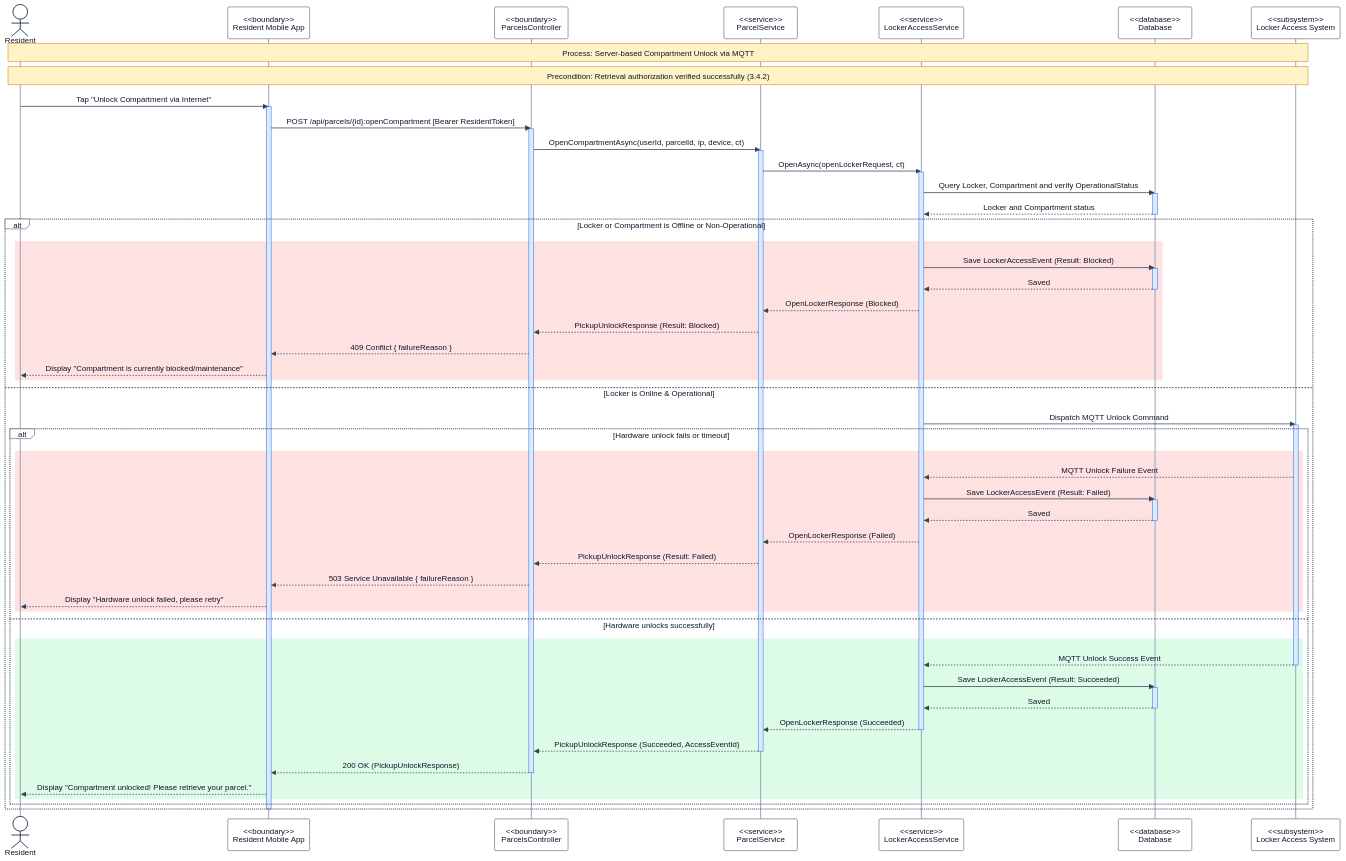
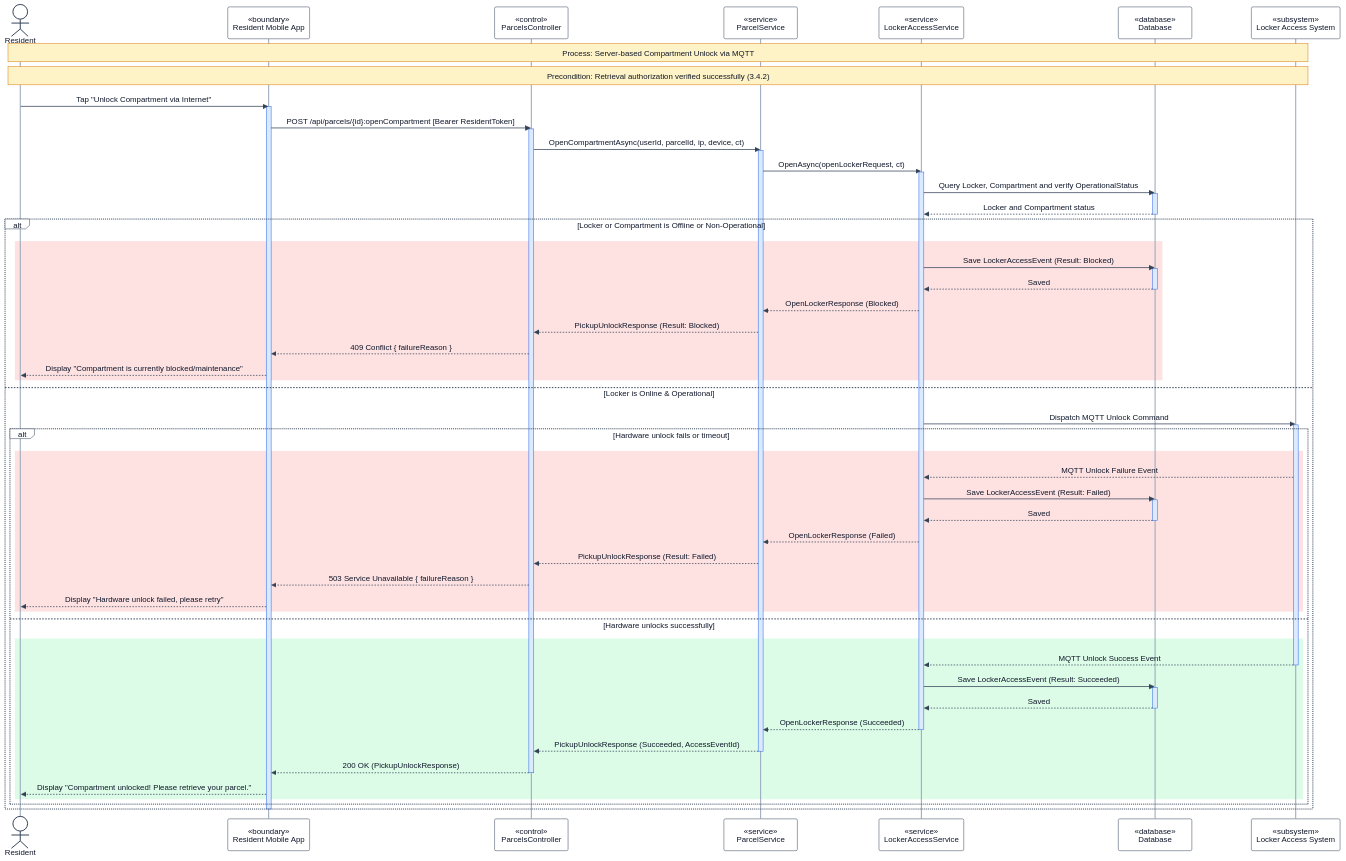
The diagram in RP4/3.4 Multi-method Package Retrieval/3.4.3 Server-based Compartment Unlock Sequence Diagram.md (se-05-sdlms/smart-locking-diagram), drawn with Mermaid before and after one commit. The commit also changed 36 other files, not shown here.

Commit message:
Update diagram

```diff
--- a/RP4/3.4 Multi-method Package Retrieval/3.4.3 Server-based Compartment Unlock Sequence Diagram.md
+++ b/RP4/3.4 Multi-method Package Retrieval/3.4.3 Server-based Compartment Unlock Sequence Diagram.md
@@ -21,12 +21,12 @@
 sequenceDiagram
 
 actor RES as Resident
-participant APP as <<boundary>><br/>Resident Mobile App
-participant CTRL as <<boundary>><br/>ParcelsController
-participant PARCEL as <<service>><br/>ParcelService
-participant ACCESS as <<service>><br/>LockerAccessService
-participant DB as <<database>><br/>Database
-participant LOCKER as <<subsystem>><br/>Locker Access System
+participant APP as «boundary»<br/>Resident Mobile App
+participant CTRL as «control»<br/>ParcelsController
+participant PARCEL as «service»<br/>ParcelService
+participant ACCESS as «service»<br/>LockerAccessService
+participant DB as «database»<br/>Database
+participant LOCKER as «subsystem»<br/>Locker Access System
 
 Note over RES,LOCKER: Process: Server-based Compartment Unlock via MQTT
 Note over RES,LOCKER: Precondition: Retrieval authorization verified successfully (3.4.2)
```
